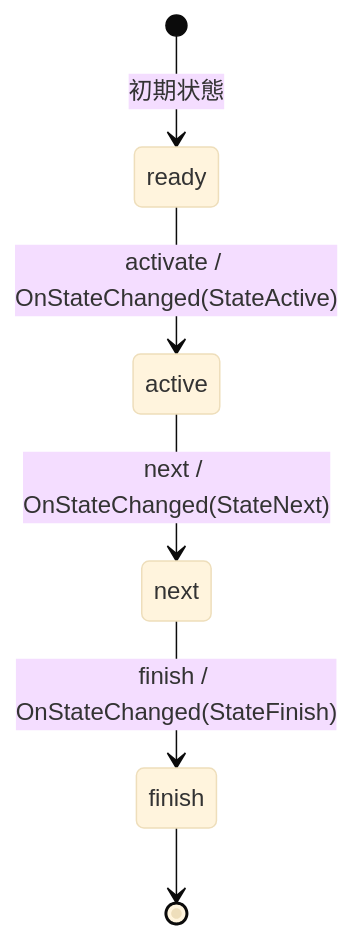
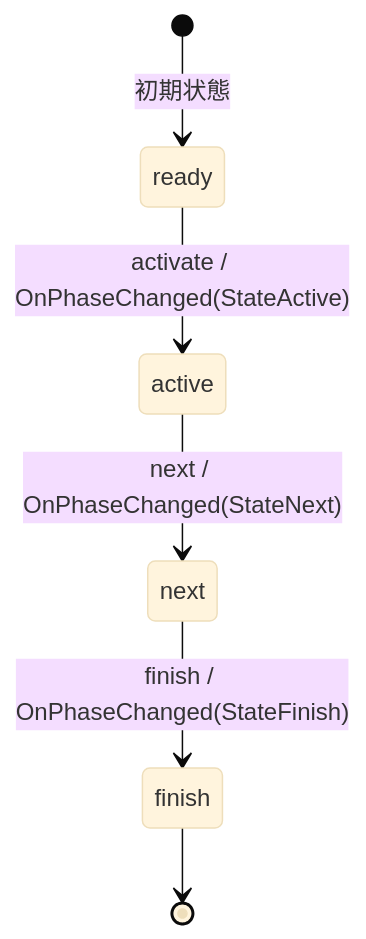
Before and after one commit to mormorbump/FsmStateMachineSample: the sixth of 8 diagrams in docs/README.md, drawn with Mermaid (base theme). The commit also changed other lines of this file and 41 other files, not shown here.

````diff
--- a/docs/README.md
+++ b/docs/README.md
@@ -446,8 +437,8 @@
 ```mermaid
 stateDiagram-v2
     [*] --> ready: 初期状態
-    ready --> active: activate / OnStateChanged(StateActive)
-    active --> next: next / OnStateChanged(StateNext)
-    next --> finish: finish / OnStateChanged(StateFinish)
+    ready --> active: activate / OnPhaseChanged(StateActive)
+    active --> next: next / OnPhaseChanged(StateNext)
+    next --> finish: finish / OnPhaseChanged(StateFinish)
     finish --> [*]
 ```
````
